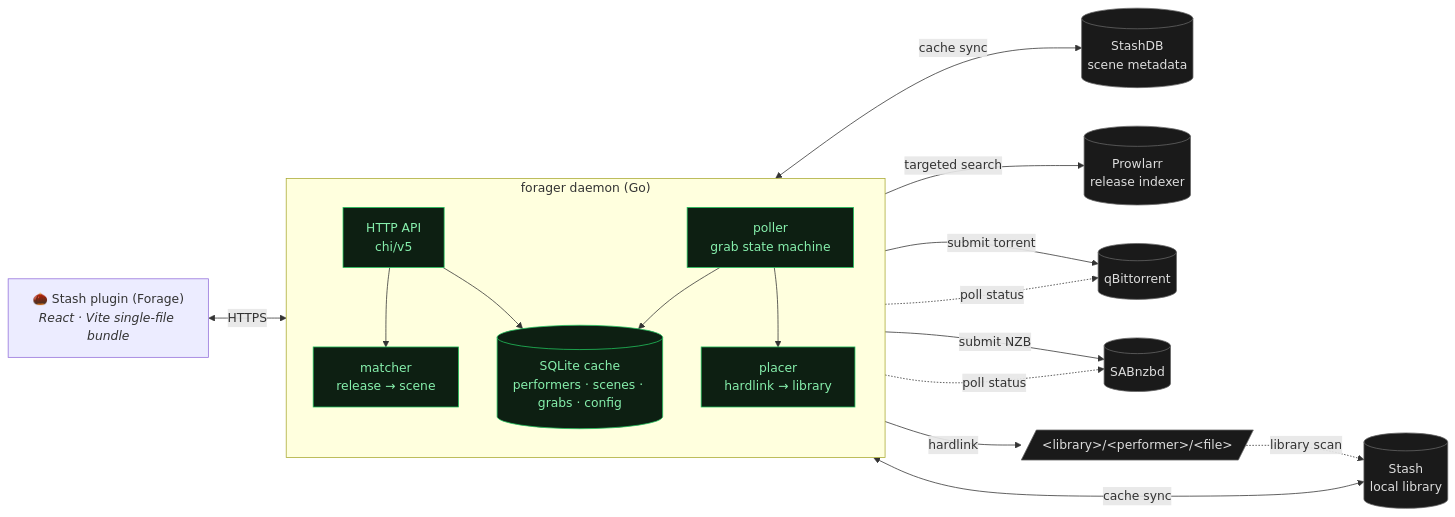
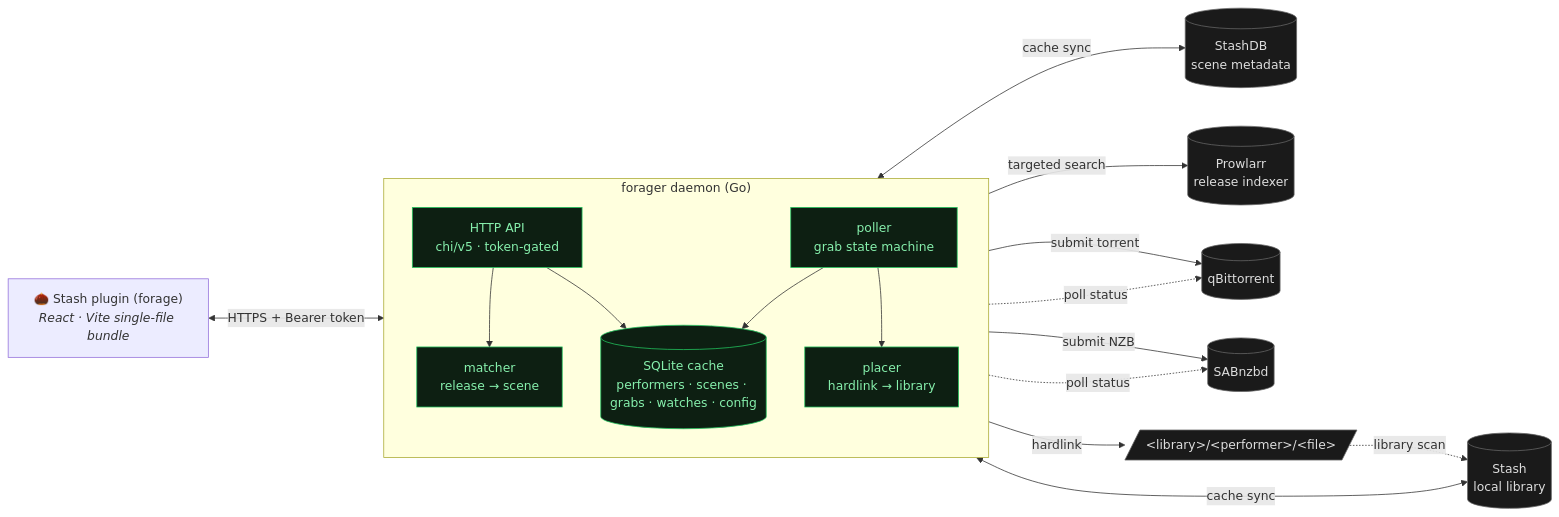
The first of 2 diagrams in README.md (ordureconnoisseur/forage), drawn with Mermaid before and after one commit. The commit also changed other lines of this file, not shown here.

First line of the commit message:
docs: rewrite README for forage (product) / forager (daemon)

````diff
--- a/README.md
+++ b/README.md
@@ -7,41 +9,41 @@
 ```mermaid
 flowchart LR
-    UI["🌰 Stash plugin (Forage)<br/><i>React · Vite single-file bundle</i>"]
+    UI["🌰 Stash plugin (forage)<br/><i>React · Vite single-file bundle</i>"]
 
     subgraph Daemon ["forager daemon (Go)"]
         direction TB
-        API[HTTP API<br/>chi/v5]
+        API[HTTP API<br/>chi/v5 · token-gated]
         Matcher[matcher<br/>release → scene]
-        Cache[("SQLite cache<br/>performers · scenes · grabs · config")]
+        Cache[("SQLite cache<br/>performers · scenes · grabs · watches · config")]
         Poller[poller<br/>grab state machine]
         Placer[placer<br/>hardlink → library]
         API --> Matcher
         API --> Cache
         Poller --> Cache
         Poller --> Placer
     end
 
     Stash[("Stash<br/>local library")]
     StashDB[("StashDB<br/>scene metadata")]
     Prowlarr[("Prowlarr<br/>release indexer")]
     Qbit[("qBittorrent")]
     Sab[("SABnzbd")]
     Library[/"&lt;library&gt;/&lt;performer&gt;/&lt;file&gt;"/]
 
-    UI <-->|HTTPS| API
+    UI <-->|HTTPS + Bearer token| API
 
     Cache <-->|cache sync| Stash
     Cache <-->|cache sync| StashDB
     Matcher -->|targeted search| Prowlarr
     API -->|submit torrent| Qbit
     API -->|submit NZB| Sab
     Poller -.->|poll status| Qbit
     Poller -.->|poll status| Sab
     Placer -->|hardlink| Library
     Library -.->|library scan| Stash
 
     classDef ext fill:#1a1a1a,stroke:#666,color:#ddd
     classDef daemon fill:#0d1f12,stroke:#22c55e,color:#86efac
     class Stash,StashDB,Prowlarr,Qbit,Sab,Library ext
     class API,Matcher,Cache,Poller,Placer daemon
 ```
````
